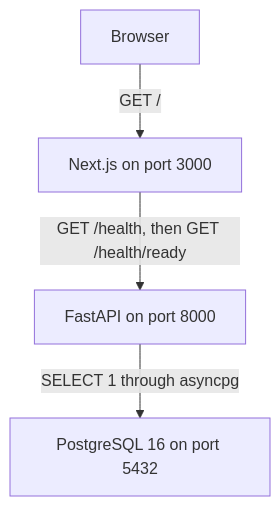
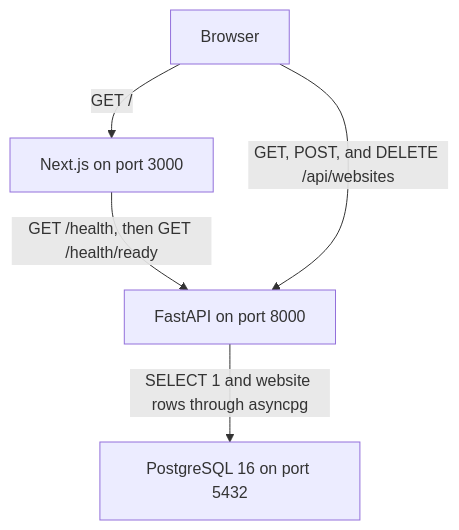
The diagram in README.md (onmyownpace/sentinel), drawn with Mermaid before and after one commit. The commit also changed other lines of this file and 31 other files, not shown here.

````diff
--- a/README.md
+++ b/README.md
@@ -22,11 +27,12 @@
 ```mermaid
 flowchart TB
   browser[Browser]
   web["Next.js on port 3000"]
   api["FastAPI on port 8000"]
   db["PostgreSQL 16 on port 5432"]
 
   browser -->|"GET /"| web
   web -->|"GET /health, then GET /health/ready"| api
-  api -->|"SELECT 1 through asyncpg"| db
+  browser -->|"GET, POST, and DELETE /api/websites"| api
+  api -->|"SELECT 1 and website rows through asyncpg"| db
 ```
````
